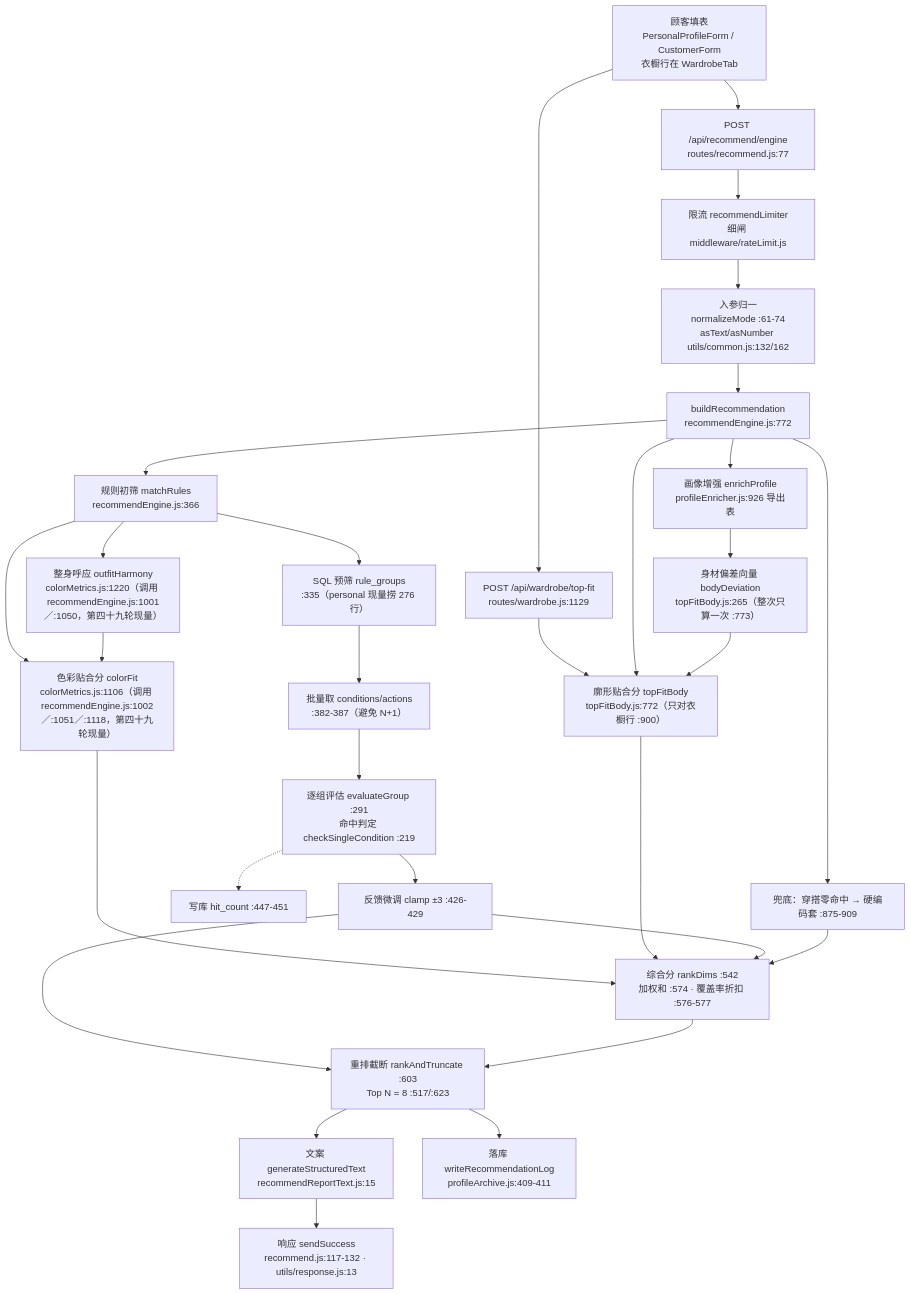
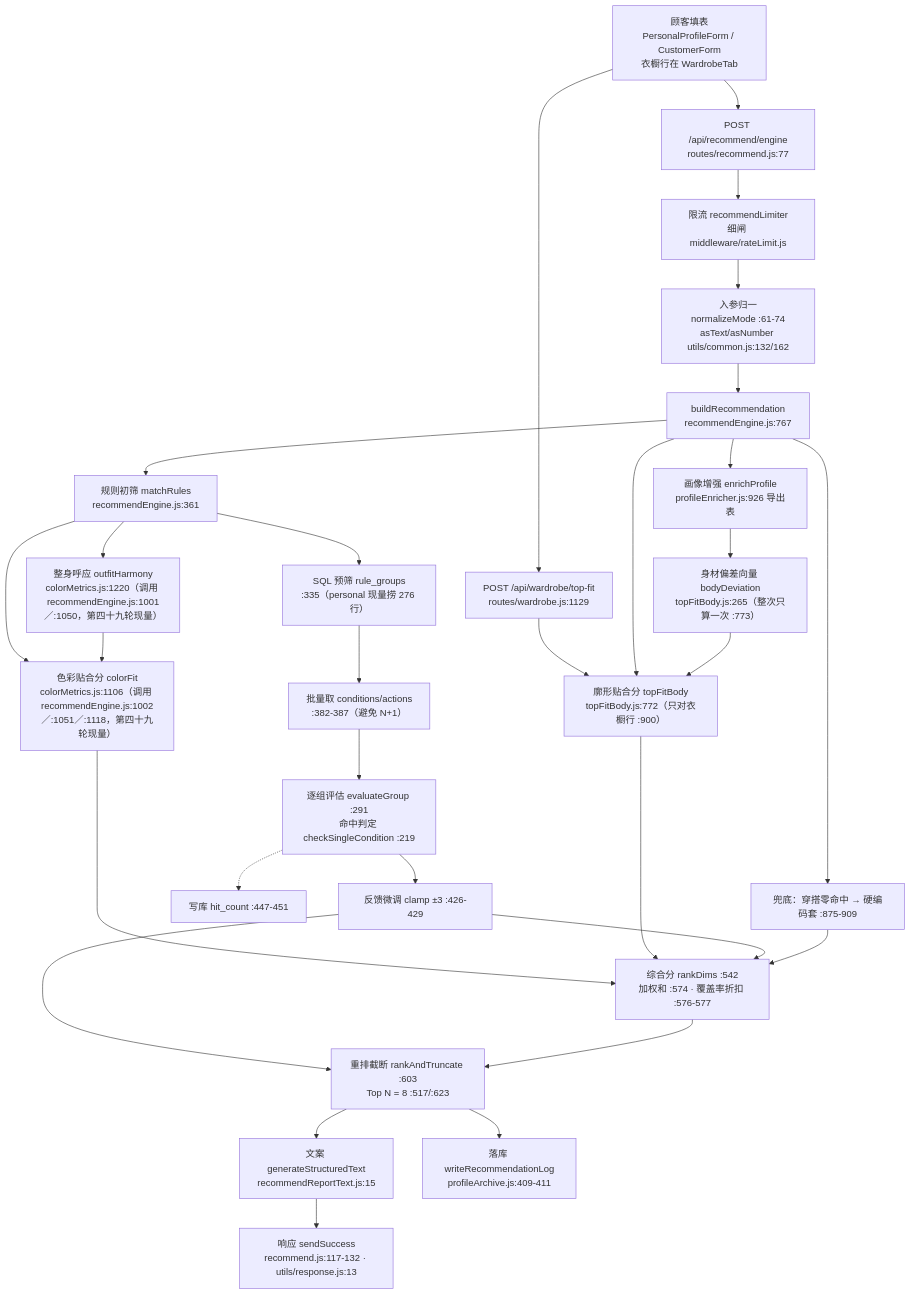
The first of 3 diagrams in docs/架构审计与优化蓝图-20261019.md (caiminglai/ai-outfit-stylist), drawn with Mermaid before and after one commit. The commit also changed other lines of this file and 59 other files, not shown here.

````diff
--- a/docs/架构审计与优化蓝图-20261019.md
+++ b/docs/架构审计与优化蓝图-20261019.md
@@ -48,47 +48,47 @@
 ```mermaid
 flowchart TD
   U["顾客填表<br/>PersonalProfileForm / CustomerForm<br/>衣橱行在 WardrobeTab"]
   A1["POST /api/recommend/engine<br/>routes/recommend.js:77"]
   A2["POST /api/wardrobe/top-fit<br/>routes/wardrobe.js:1129"]
   LIM["限流 recommendLimiter<br/>细闸 middleware/rateLimit.js"]
   NORM["入参归一<br/>normalizeMode :61-74<br/>asText/asNumber utils/common.js:132/162"]
-  ENG["buildRecommendation<br/>recommendEngine.js:772"]
+  ENG["buildRecommendation<br/>recommendEngine.js:767"]
   ENR["画像增强 enrichProfile<br/>profileEnricher.js:926 导出表"]
   DEV["身材偏差向量 bodyDeviation<br/>topFitBody.js:265（整次只算一次 :773）"]
-  MR["规则初筛 matchRules<br/>recommendEngine.js:366"]
+  MR["规则初筛 matchRules<br/>recommendEngine.js:361"]
   SQL["SQL 预筛 rule_groups<br/>:335（personal 现量捞 276 行）"]
   COND["批量取 conditions/actions<br/>:382-387（避免 N+1）"]
   EVAL["逐组评估 evaluateGroup :291<br/>命中判定 checkSingleCondition :219"]
   FB["反馈微调 clamp ±3 :426-429"]
   HITC["写库 hit_count :447-451"]
   CLR["色彩贴合分 colorFit<br/>colorMetrics.js:1106（调用 recommendEngine.js:1002／:1051／:1118，第四十九轮现量）"]
   HARM["整身呼应 outfitHarmony<br/>colorMetrics.js:1220（调用 recommendEngine.js:1001／:1050，第四十九轮现量）"]
   BODY["廓形贴合分 topFitBody<br/>topFitBody.js:772（只对衣橱行 :900）"]
   RANK["综合分 rankDims :542<br/>加权和 :574 · 覆盖率折扣 :576-577"]
   TRUNC["重排截断 rankAndTruncate :603<br/>Top N = 8 :517/:623"]
   FB0["兜底：穿搭零命中 → 硬编码套 :875-909"]
   TXT["文案 generateStructuredText<br/>recommendReportText.js:15"]
   LOG["落库 writeRecommendationLog<br/>profileArchive.js:409-411"]
   OUT["响应 sendSuccess<br/>recommend.js:117-132 · utils/response.js:13"]
 
   U --> A1 --> LIM --> NORM --> ENG
   U --> A2
   A2 --> BODY
   ENG --> ENR --> DEV
   ENG --> MR
   MR --> SQL --> COND --> EVAL --> FB --> TRUNC
   EVAL -.-> HITC
   ENG --> FB0
   MR --> CLR
   MR --> HARM
   ENG --> BODY
   CLR --> RANK
   HARM --> CLR
   BODY --> RANK
   DEV --> BODY
   FB --> RANK
   RANK --> TRUNC
   TRUNC --> TXT --> OUT
   TRUNC --> LOG
   FB0 --> RANK
 ```
````
